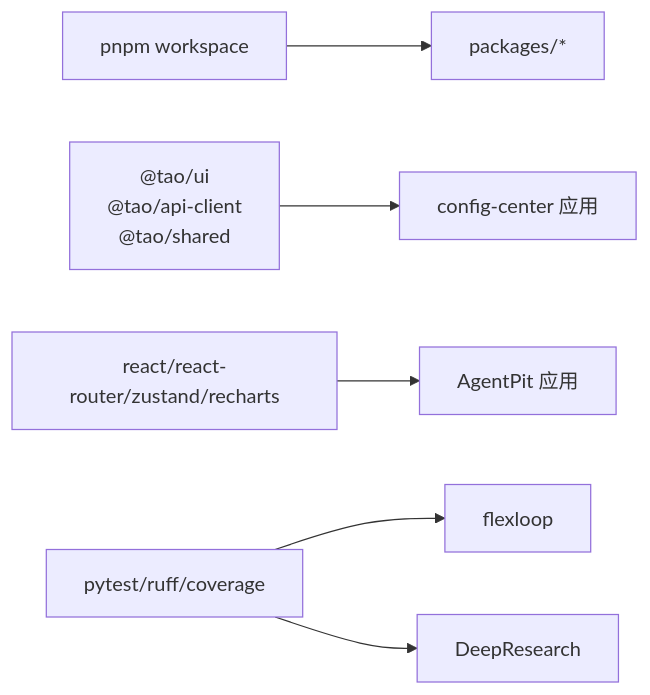
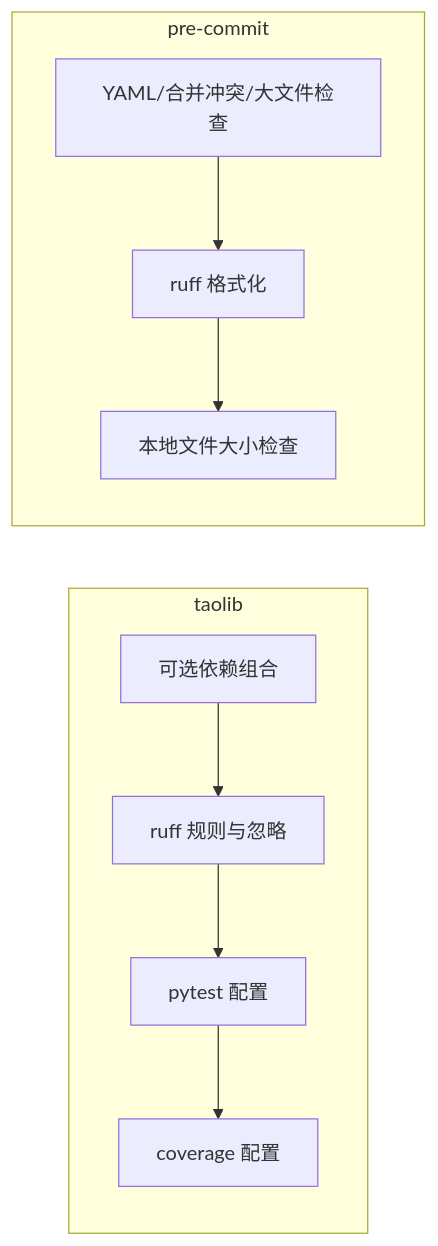
Before and after one commit to daoApps/daoApps: the sixth of 7 diagrams in .qoder/repowiki/zh/content/开发者指南/开发者指南.md, drawn with Mermaid. The commit also changed other lines of this file and 205 other files, not shown here.

````diff
--- a/.qoder/repowiki/zh/content/开发者指南/开发者指南.md
+++ b/.qoder/repowiki/zh/content/开发者指南/开发者指南.md
@@ -288,8 +263,19 @@
 ```mermaid
 graph LR
-DM_WS["pnpm workspace"] --> Pkgs["packages/*"]
-CC_Deps["@tao/ui<br/>@tao/api-client<br/>@tao/shared"] --> CC_App["config-center 应用"]
-AgentPit_Deps["react/react-router/zustand/recharts"] --> AgentPit_App["AgentPit 应用"]
-PyTools["pytest/ruff/coverage"] --> Flexloop["flexloop"]
-PyTools --> DeepRes["DeepResearch"]
+subgraph "taolib"
+Ruff["ruff 规则与忽略"]
+Pytest["pytest 配置"]
+Cov["coverage 配置"]
+Deps["可选依赖组合"]
+end
+subgraph "pre-commit"
+Hooks["YAML/合并冲突/大文件检查"]
+RuffHook["ruff 格式化"]
+LocalHook["本地文件大小检查"]
+end
+Ruff --> Pytest
+Pytest --> Cov
+Deps --> Ruff
+Hooks --> RuffHook
+RuffHook --> LocalHook
 ```
````
